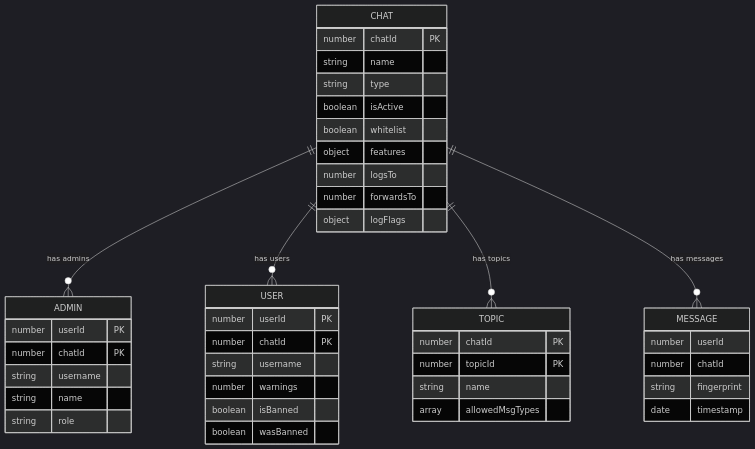
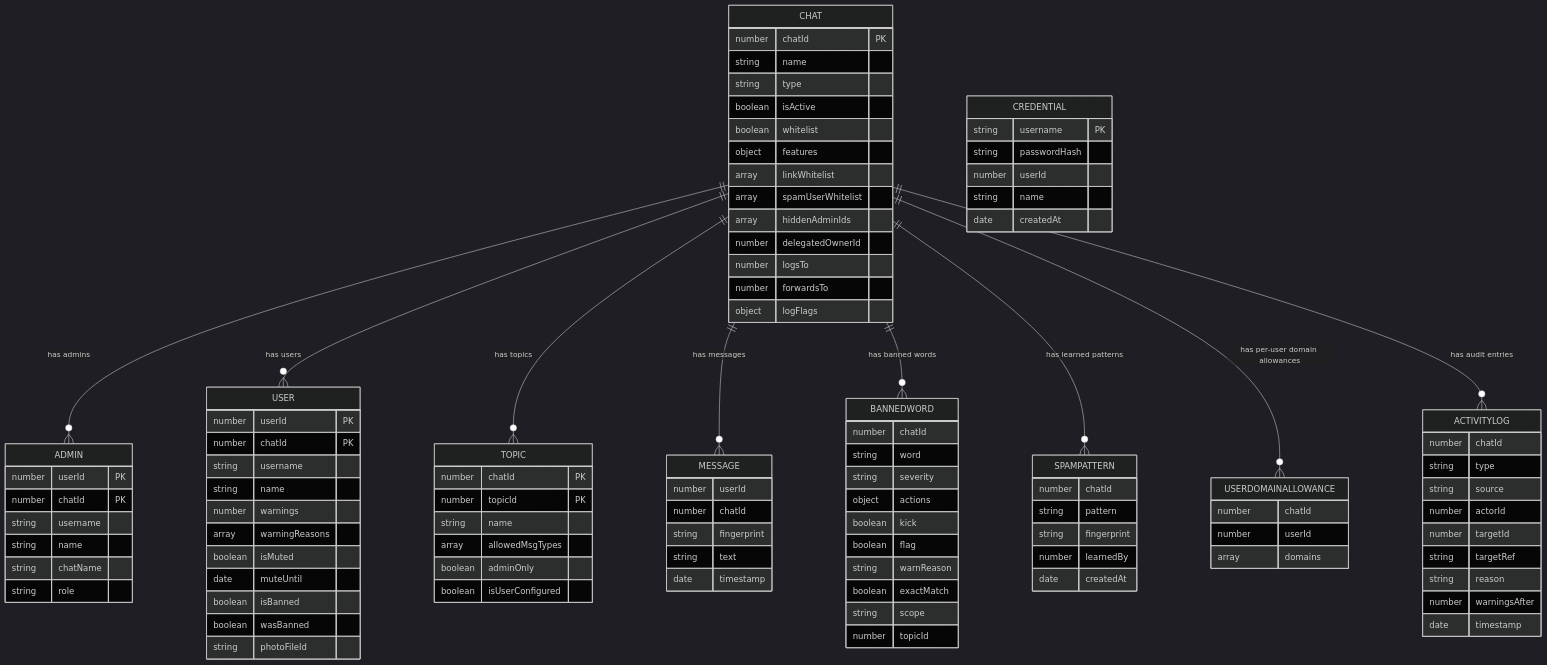
Before and after one commit to Yuki44/YukiBot-Telegram-Admin: the eighth of 10 diagrams in docs/architecture.md, drawn with Mermaid (dark theme). The commit also changed other lines of this file and 8 other files, not shown here.

````diff
--- a/docs/architecture.md
+++ b/docs/architecture.md
@@ -158,6 +227,10 @@
   CHAT ||--o{ USER : "has users"
   CHAT ||--o{ TOPIC : "has topics"
   CHAT ||--o{ MESSAGE : "has messages"
+  CHAT ||--o{ BANNEDWORD : "has banned words"
+  CHAT ||--o{ SPAMPATTERN : "has learned patterns"
+  CHAT ||--o{ USERDOMAINALLOWANCE : "has per-user domain allowances"
+  CHAT ||--o{ ACTIVITYLOG : "has audit entries"
 
   CHAT {
     number chatId PK
@@ -166,6 +239,10 @@
     boolean isActive
     boolean whitelist
     object features
+    array linkWhitelist
+    array spamUserWhitelist
+    array hiddenAdminIds
+    number delegatedOwnerId
     number logsTo
     number forwardsTo
     object logFlags
@@ -176,6 +253,7 @@
     number chatId PK
     string username
     string name
+    string chatName
     string role
   }
 
@@ -183,9 +261,14 @@
     number userId PK
     number chatId PK
     string username
+    string name
     number warnings
+    array warningReasons
+    boolean isMuted
+    date muteUntil
     boolean isBanned
     boolean wasBanned
+    string photoFileId
   }
 
   TOPIC {
@@ -193,12 +276,62 @@
     number topicId PK
     string name
     array allowedMsgTypes
+    boolean adminOnly
+    boolean isUserConfigured
   }
 
   MESSAGE {
     number userId
     number chatId
     string fingerprint
+    string text
     date timestamp
   }
+
+  BANNEDWORD {
+    number chatId
+    string word
+    string severity
+    object actions
+    boolean kick
+    boolean flag
+    string warnReason
+    boolean exactMatch
+    string scope
+    number topicId
+  }
+
+  SPAMPATTERN {
+    number chatId
+    string pattern
+    string fingerprint
+    number learnedBy
+    date createdAt
+  }
+
+  USERDOMAINALLOWANCE {
+    number chatId
+    number userId
+    array domains
+  }
+
+  ACTIVITYLOG {
+    number chatId
+    string type
+    string source
+    number actorId
+    number targetId
+    string targetRef
+    string reason
+    number warningsAfter
+    date timestamp
+  }
+
+  CREDENTIAL {
+    string username PK
+    string passwordHash
+    number userId
+    string name
+    date createdAt
+  }
 ```
````
